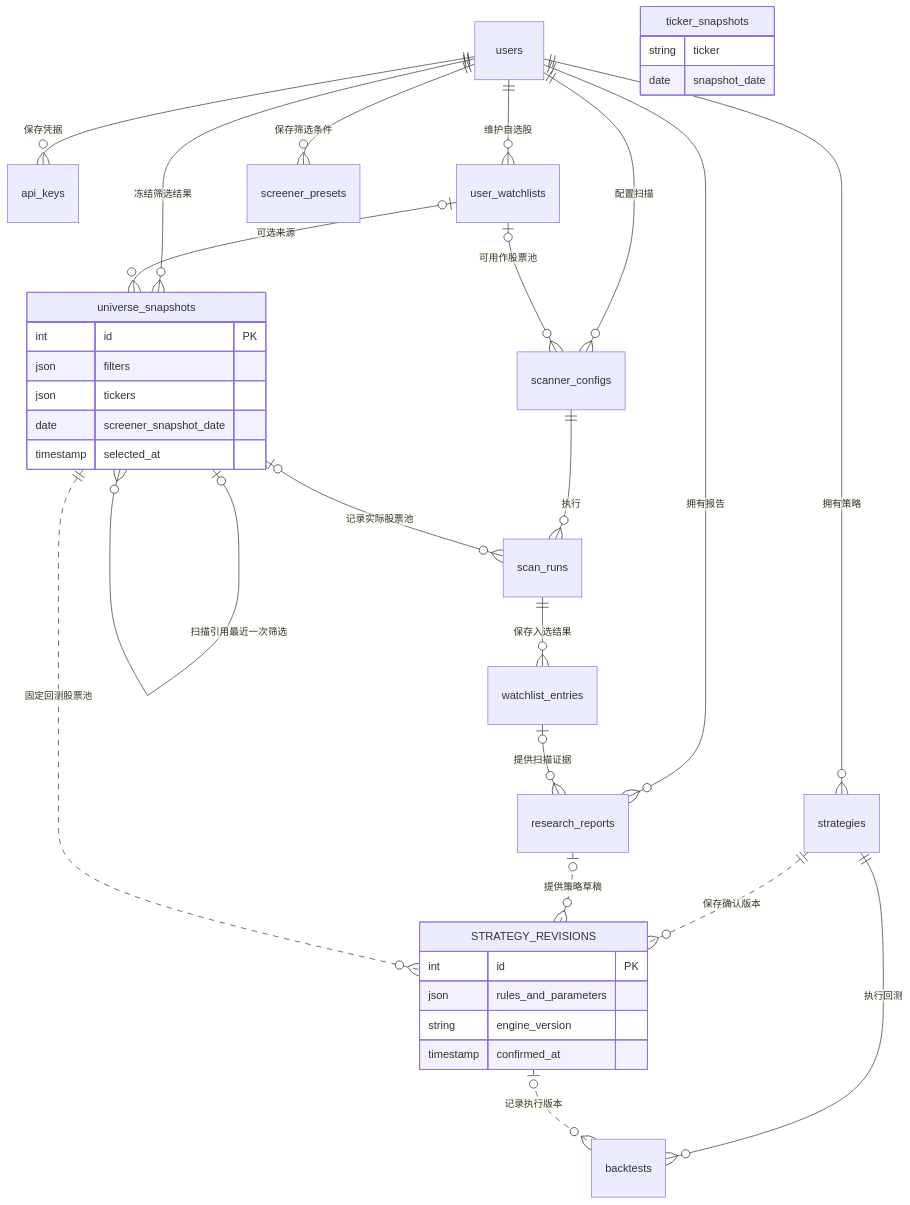
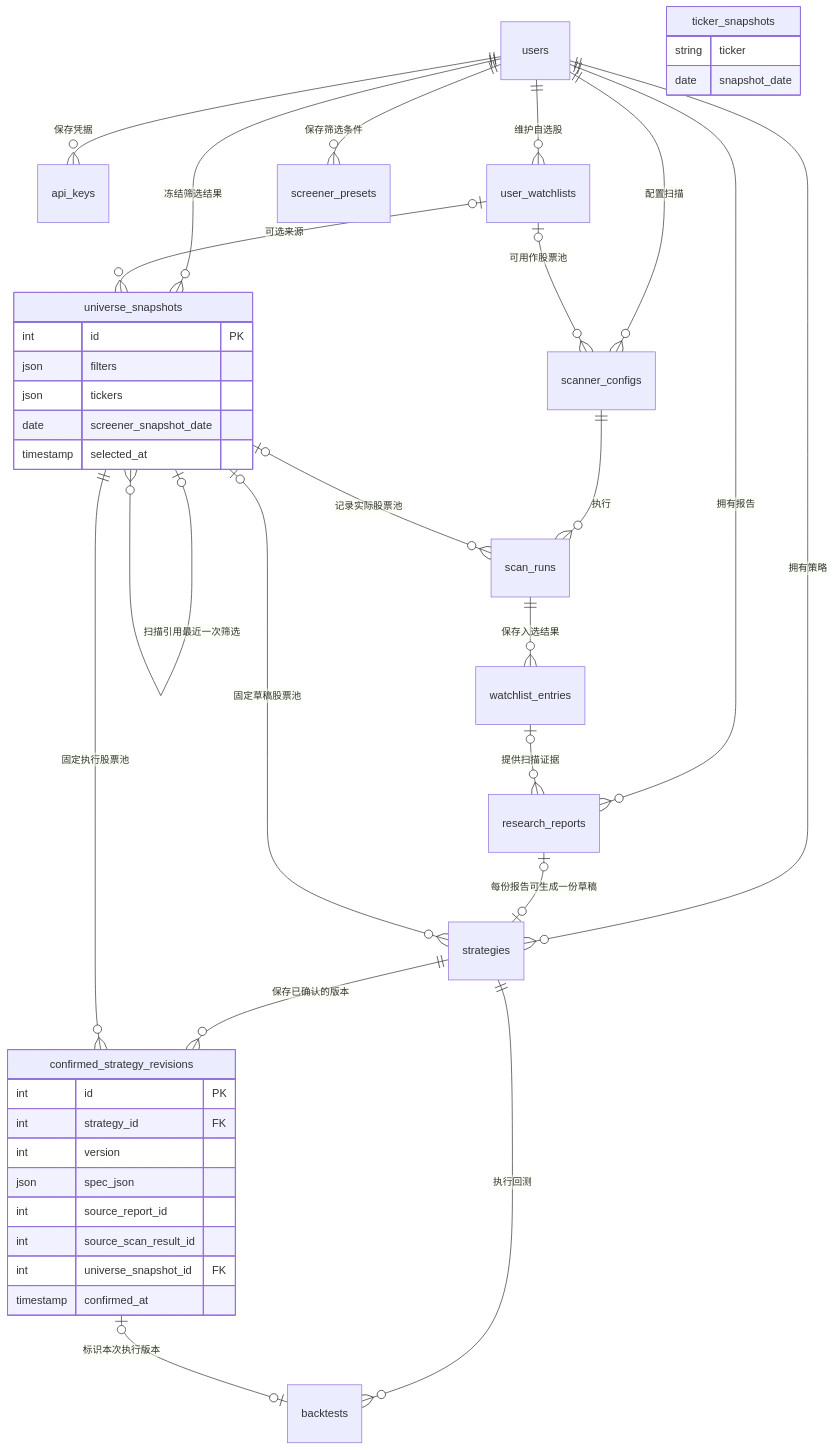
One commit to Jelly13124/market-scanner changed the first of 2 diagrams in docs/design/research-loop-erd.md. Above: the diagram before and after it, drawn with Mermaid. The commit also changed other lines of this file and 38 other files, not shown here.

Commit message:
Create reviewable Backtest strategy drafts from Analyze reports

````diff
--- a/docs/design/research-loop-erd.md
+++ b/docs/design/research-loop-erd.md
@@ -7,41 +7,46 @@
 ```mermaid
 erDiagram
     users ||--o{ api_keys : "保存凭据"
     users ||--o{ user_watchlists : "维护自选股"
     users ||--o{ screener_presets : "保存筛选条件"
     users ||--o{ scanner_configs : "配置扫描"
     user_watchlists |o--o{ scanner_configs : "可用作股票池"
     scanner_configs ||--o{ scan_runs : "执行"
     scan_runs ||--o{ watchlist_entries : "保存入选结果"
     users ||--o{ research_reports : "拥有报告"
     users ||--o{ strategies : "拥有策略"
     strategies ||--o{ backtests : "执行回测"
 
     universe_snapshots |o--o{ universe_snapshots : "扫描引用最近一次筛选"
     users ||--o{ universe_snapshots : "冻结筛选结果"
     user_watchlists |o--o{ universe_snapshots : "可选来源"
     universe_snapshots |o--o{ scan_runs : "记录实际股票池"
     watchlist_entries |o--o{ research_reports : "提供扫描证据"
-    strategies ||..o{ STRATEGY_REVISIONS : "保存确认版本"
-    research_reports |o..o{ STRATEGY_REVISIONS : "提供策略草稿"
-    universe_snapshots ||..o{ STRATEGY_REVISIONS : "固定回测股票池"
-    STRATEGY_REVISIONS |o..o{ backtests : "记录执行版本"
+    research_reports |o--o| strategies : "每份报告可生成一份草稿"
+    universe_snapshots |o--o{ strategies : "固定草稿股票池"
+    strategies ||--o{ confirmed_strategy_revisions : "保存已确认的版本"
+    universe_snapshots ||--o{ confirmed_strategy_revisions : "固定执行股票池"
+    confirmed_strategy_revisions |o--o| backtests : "标识本次执行版本"
 
     ticker_snapshots {
         string ticker
         date snapshot_date
     }
     universe_snapshots {
         int id PK
         json filters
         json tickers
         date screener_snapshot_date
         timestamp selected_at
     }
-    STRATEGY_REVISIONS {
+    confirmed_strategy_revisions {
         int id PK
-        json rules_and_parameters
-        string engine_version
+        int strategy_id FK
+        int version
+        json spec_json
+        int source_report_id
+        int source_scan_result_id
+        int universe_snapshot_id FK
         timestamp confirmed_at
     }
 ```
````
